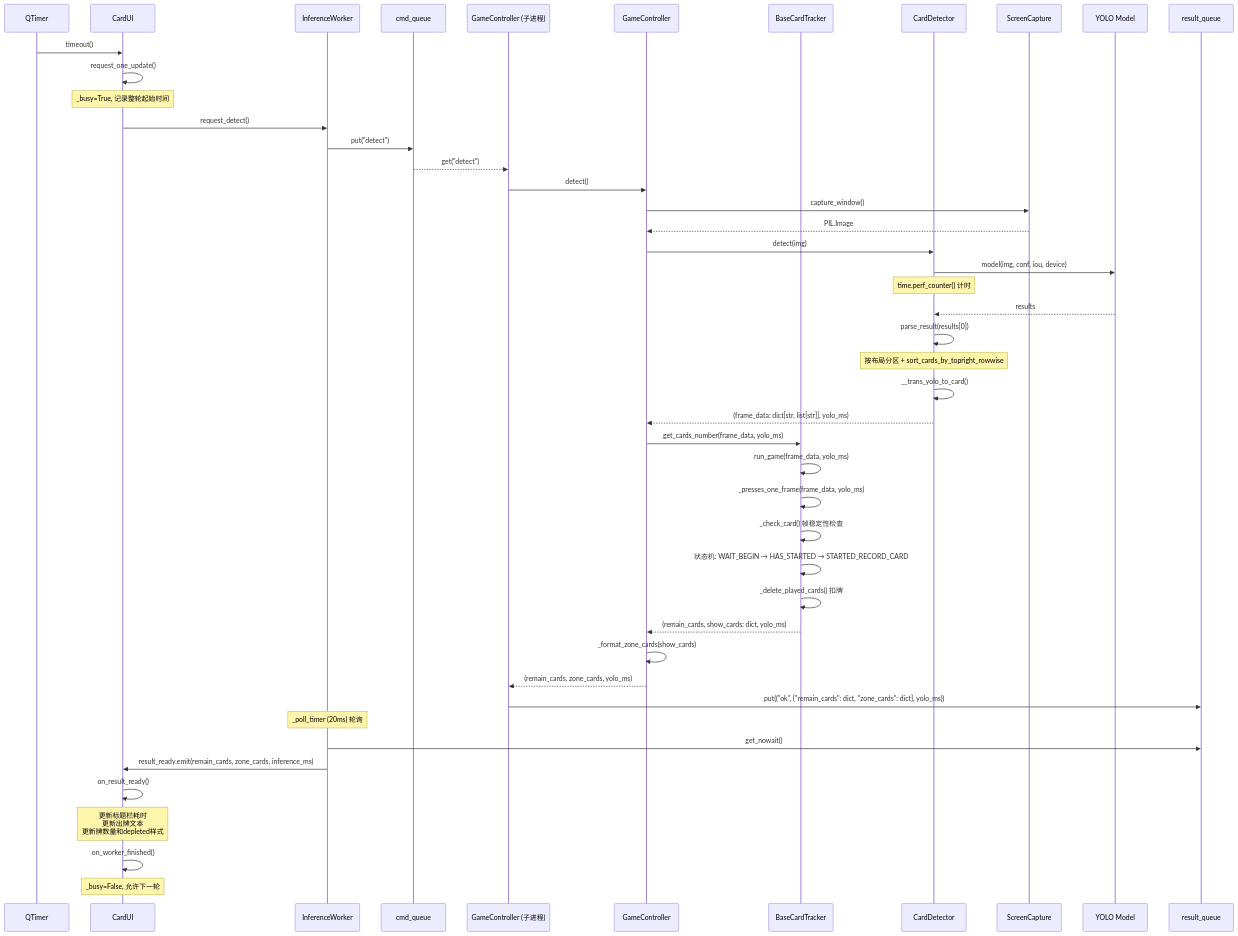
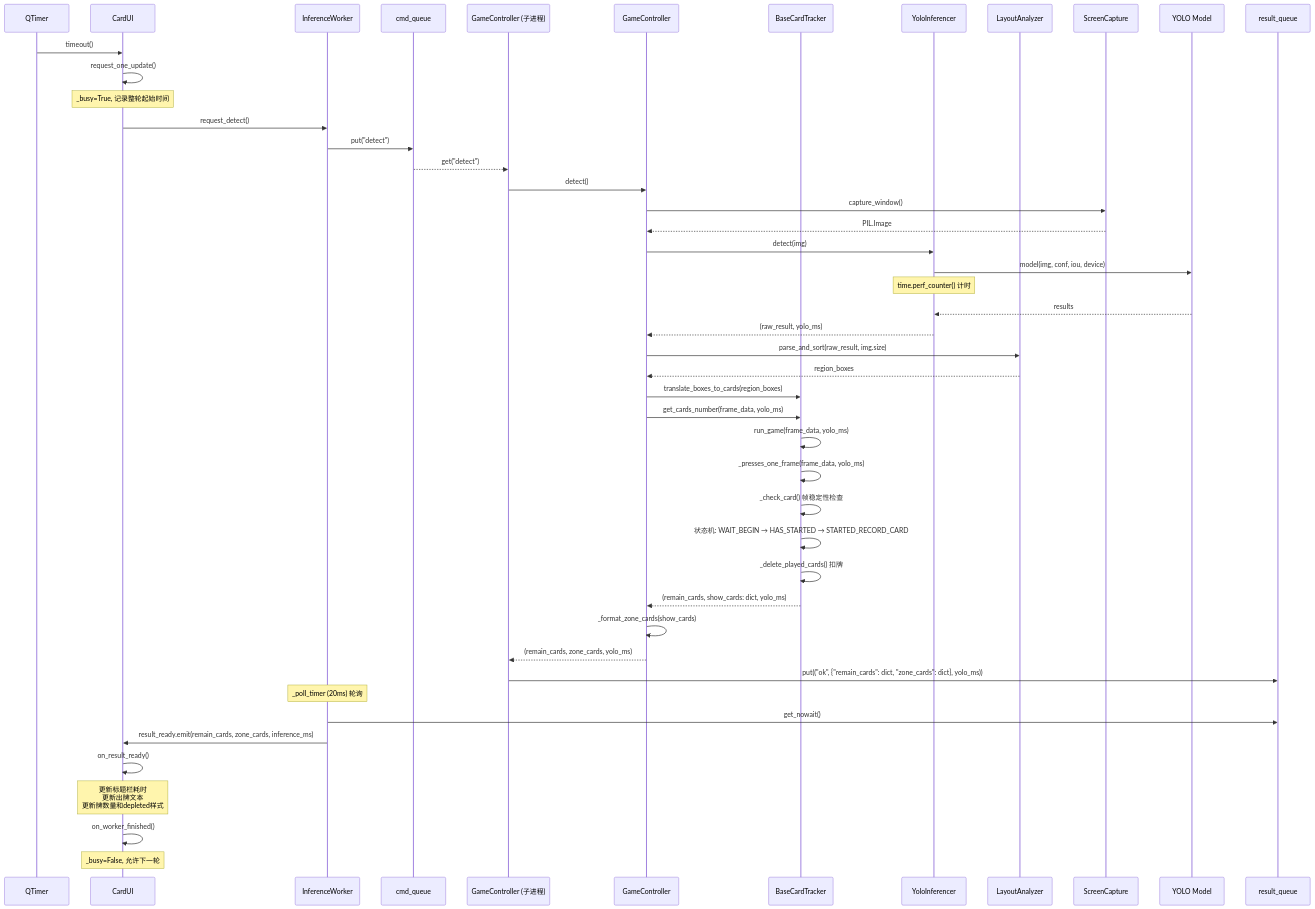
One commit to luckFan0519/han-card-tracker changed the first of 5 diagrams in docs/sequence-diagram.md. Above: the diagram before and after it, drawn with Mermaid. The commit also changed other lines of this file and 11 other files, not shown here.

````diff
--- a/docs/sequence-diagram.md
+++ b/docs/sequence-diagram.md
@@ -9,55 +9,57 @@
 ```mermaid
 sequenceDiagram
     participant Timer as QTimer
     participant UI as CardUI
     participant Worker as InferenceWorker
     participant CmdQ as cmd_queue
     participant SubProc as GameController (子进程)
     participant Controller as GameController
     participant Tracker as BaseCardTracker
-    participant Detector as CardDetector
+    participant Detector as YoloInferencer
+    participant Analyzer as LayoutAnalyzer
     participant Capture as ScreenCapture
     participant YOLO as YOLO Model
     participant ResultQ as result_queue
 
     Timer->>UI: timeout()
     UI->>UI: request_one_update()
     Note over UI: _busy=True, 记录整轮起始时间
     UI->>Worker: request_detect()
     Worker->>CmdQ: put("detect")
 
     CmdQ-->>SubProc: get("detect")
     SubProc->>Controller: detect()
     Controller->>Capture: capture_window()
     Capture-->>Controller: PIL.Image
     Controller->>Detector: detect(img)
     Detector->>YOLO: model(img, conf, iou, device)
     Note over Detector: time.perf_counter() 计时
     YOLO-->>Detector: results
-    Detector->>Detector: parse_result(results[0])
-    Note over Detector: 按布局分区 + sort_cards_by_topright_rowwise
-    Detector->>Detector: __trans_yolo_to_card()
-    Detector-->>Controller: (frame_data: dict[str, list[str]], yolo_ms)
+    Detector-->>Controller: (raw_result, yolo_ms)
 
+    Controller->>Analyzer: parse_and_sort(raw_result, img.size)
+    Analyzer-->>Controller: region_boxes
+
+    Controller->>Tracker: translate_boxes_to_cards(region_boxes)
     Controller->>Tracker: get_cards_number(frame_data, yolo_ms)
     Tracker->>Tracker: run_game(frame_data, yolo_ms)
     Tracker->>Tracker: _presses_one_frame(frame_data, yolo_ms)
 
     Tracker->>Tracker: _check_card() 帧稳定性检查
     Tracker->>Tracker: 状态机: WAIT_BEGIN → HAS_STARTED → STARTED_RECORD_CARD
     Tracker->>Tracker: _delete_played_cards() 扣牌
     Tracker-->>Controller: (remain_cards, show_cards: dict, yolo_ms)
     Controller->>Controller: _format_zone_cards(show_cards)
     Controller-->>SubProc: (remain_cards, zone_cards, yolo_ms)
 
     SubProc->>ResultQ: put(("ok", {"remain_cards": dict, "zone_cards": dict}, yolo_ms))
 
     Note over Worker: _poll_timer (20ms) 轮询
     Worker->>ResultQ: get_nowait()
     Worker->>UI: result_ready.emit(remain_cards, zone_cards, inference_ms)
 
     UI->>UI: on_result_ready()
     Note over UI: 更新标题栏耗时<br/>更新出牌文本<br/>更新牌数量和depleted样式
     UI->>UI: on_worker_finished()
     Note over UI: _busy=False, 允许下一轮
 ```
````
